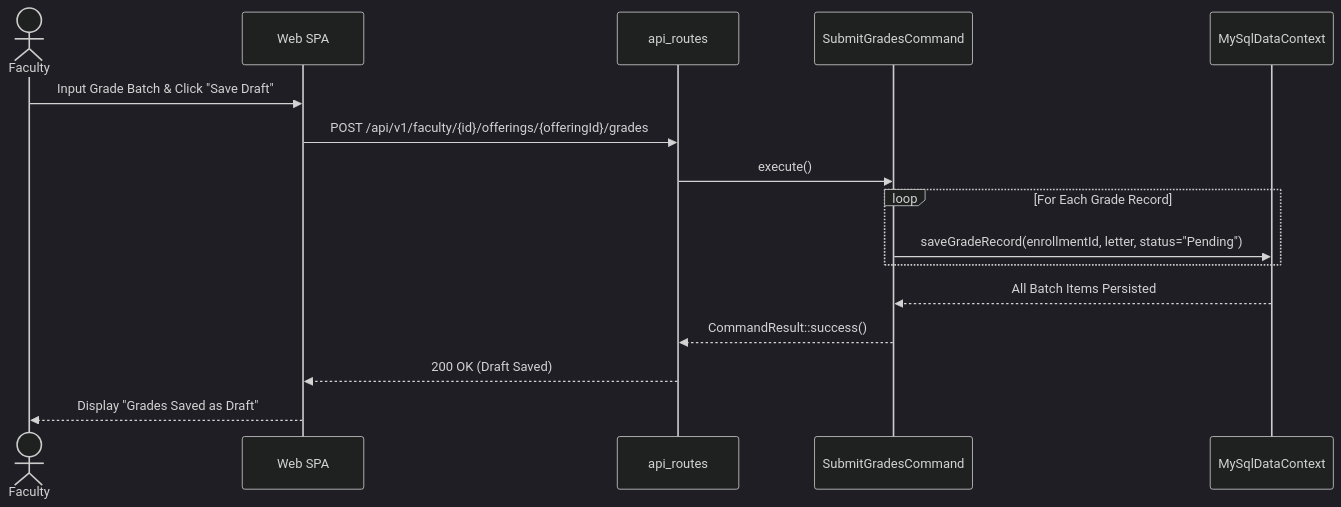
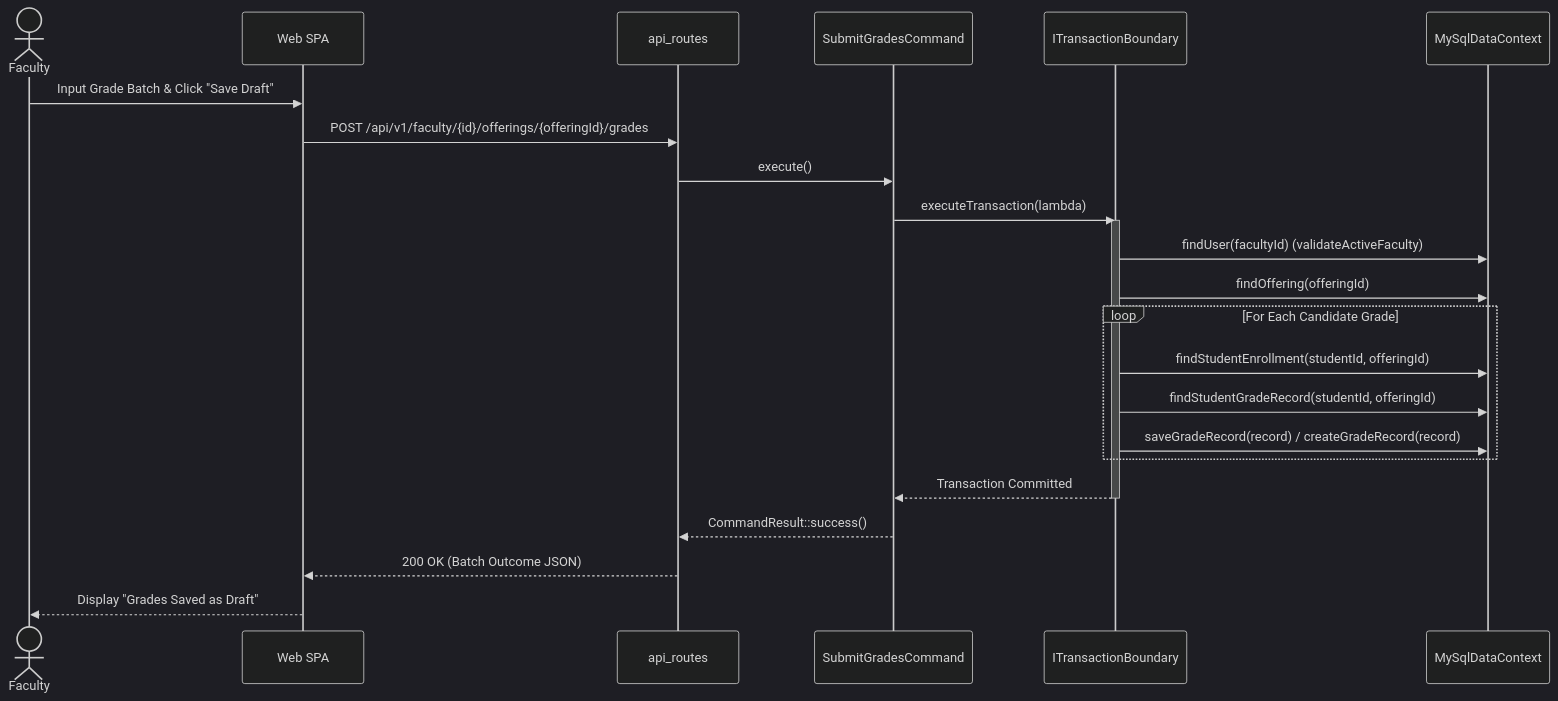
One commit to DesanSilva/university-course-enrolment-system changed the sixth of 13 diagrams in docs/uml_sequence_diagram.md. Above: the diagram before and after it, drawn with Mermaid (dark theme). The commit also changed other lines of this file and 3 other files, not shown here.

Commit message:
updated UML diagrams

````diff
--- a/docs/uml_sequence_diagram.md
+++ b/docs/uml_sequence_diagram.md
@@ -150,19 +174,27 @@
 ```mermaid
 sequenceDiagram
     actor Faculty
     participant SPA as Web SPA
     participant Router as api_routes
     participant Command as SubmitGradesCommand
+    participant Tx as ITransactionBoundary
     participant Store as MySqlDataContext
 
     Faculty->>SPA: Input Grade Batch & Click "Save Draft"
     SPA->>Router: POST /api/v1/faculty/{id}/offerings/{offeringId}/grades
     Router->>Command: execute()
-    loop For Each Grade Record
-        Command->>Store: saveGradeRecord(enrollmentId, letter, status="Pending")
+    Command->>Tx: executeTransaction(lambda)
+    activate Tx
+    Tx->>Store: findUser(facultyId) (validateActiveFaculty)
+    Tx->>Store: findOffering(offeringId)
+    loop For Each Candidate Grade
+        Tx->>Store: findStudentEnrollment(studentId, offeringId)
+        Tx->>Store: findStudentGradeRecord(studentId, offeringId)
+        Tx->>Store: saveGradeRecord(record) / createGradeRecord(record)
     end
-    Store-->>Command: All Batch Items Persisted
+    Tx-->>Command: Transaction Committed
+    deactivate Tx
     Command-->>Router: CommandResult::success()
-    Router-->>SPA: 200 OK (Draft Saved)
+    Router-->>SPA: 200 OK (Batch Outcome JSON)
     SPA-->>Faculty: Display "Grades Saved as Draft"
 ```
````
